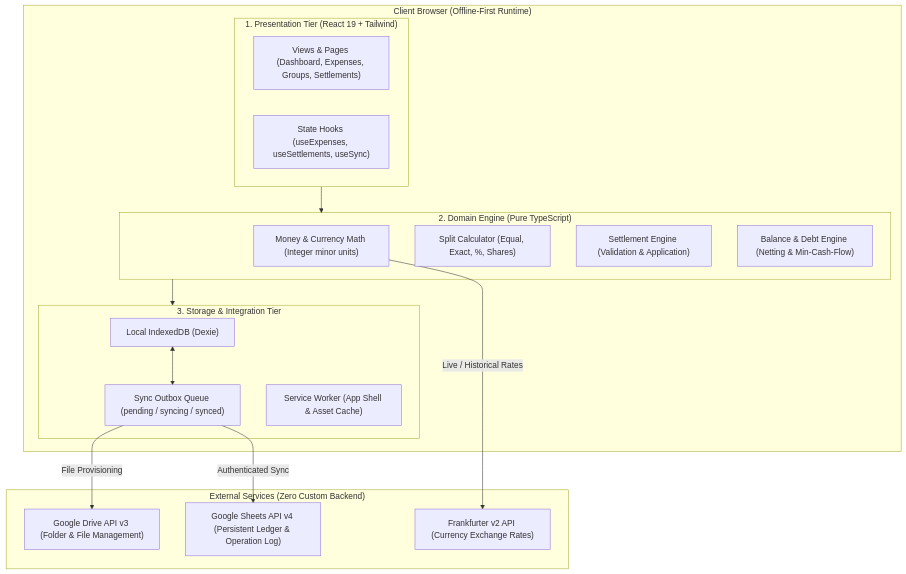
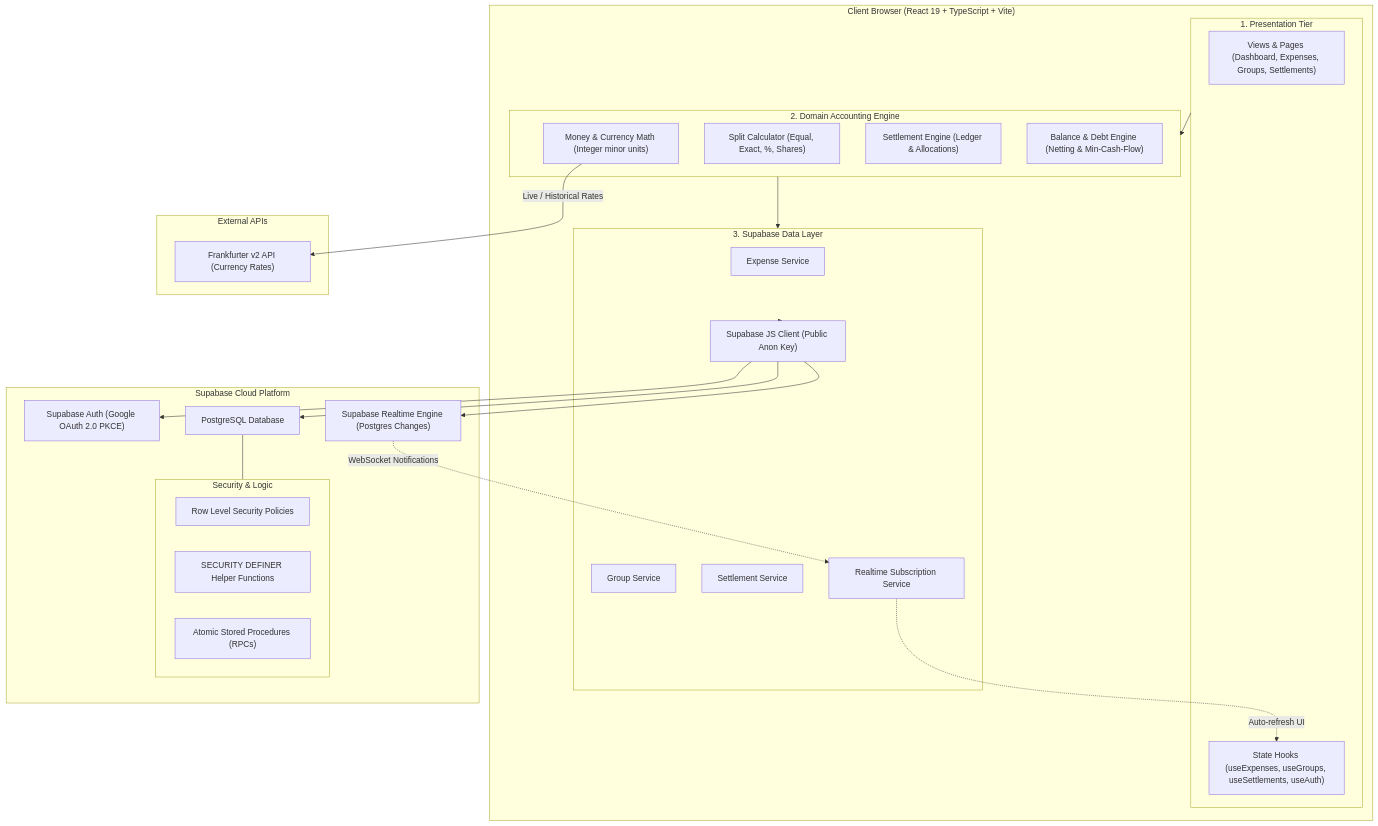
One commit to Nikhil9182/Tabby changed the first of 2 diagrams in ARCHITECTURE.md. Above: the diagram before and after it, drawn with Mermaid. The commit also changed other lines of this file and 73 other files, not shown here.

Commit message:
feat: migrate architecture to Supabase PostgreSQL, Auth and Realtime

````diff
--- a/ARCHITECTURE.md
+++ b/ARCHITECTURE.md
@@ -15,35 +23,50 @@
 ```mermaid
 flowchart TB
-    subgraph Client["Client Browser (Offline-First Runtime)"]
-        subgraph UI["1. Presentation Tier (React 19 + Tailwind)"]
+    subgraph Client["Client Browser (React 19 + TypeScript + Vite)"]
+        subgraph UI["1. Presentation Tier"]
             Views["Views & Pages (Dashboard, Expenses, Groups, Settlements)"]
-            Hooks["State Hooks (useExpenses, useSettlements, useSync)"]
+            Hooks["State Hooks (useExpenses, useGroups, useSettlements, useAuth)"]
         end
 
-        subgraph Domain["2. Domain Engine (Pure TypeScript)"]
+        subgraph Domain["2. Domain Accounting Engine"]
             Money["Money & Currency Math (Integer minor units)"]
             Splits["Split Calculator (Equal, Exact, %, Shares)"]
-            SettlementEngine["Settlement Engine (Validation & Application)"]
+            SettlementEngine["Settlement Engine (Ledger & Allocations)"]
             BalanceEngine["Balance & Debt Engine (Netting & Min-Cash-Flow)"]
         end
 
-        subgraph Storage["3. Storage & Integration Tier"]
-            DexieDB["Local IndexedDB (Dexie)"]
-            OutboxQueue["Sync Outbox Queue (pending / syncing / synced)"]
-            SW["Service Worker (App Shell & Asset Cache)"]
+        subgraph ServiceLayer["3. Supabase Data Layer"]
+            ExpenseService["Expense Service"]
+            GroupService["Group Service"]
+            SettlementService["Settlement Service"]
+            RealtimeService["Realtime Subscription Service"]
+            SupabaseClient["Supabase JS Client (Public Anon Key)"]
         end
     end
 
-    subgraph RemoteServices["External Services (Zero Custom Backend)"]
-        GoogleDrive["Google Drive API v3 (Folder & File Management)"]
-        GoogleSheets["Google Sheets API v4 (Persistent Ledger & Operation Log)"]
-        Frankfurter["Frankfurter v2 API (Currency Exchange Rates)"]
+    subgraph Supabase["Supabase Cloud Platform"]
+        Auth["Supabase Auth (Google OAuth 2.0 PKCE)"]
+        Postgres["PostgreSQL Database"]
+        subgraph Security["Security & Logic"]
+            RLS["Row Level Security Policies"]
+            SecDefiner["SECURITY DEFINER Helper Functions"]
+            RPC["Atomic Stored Procedures (RPCs)"]
+        end
+        RealtimeServer["Supabase Realtime Engine (Postgres Changes)"]
+    end
+
+    subgraph External["External APIs"]
+        Frankfurter["Frankfurter v2 API (Currency Rates)"]
     end
 
     UI --> Domain
-    Domain --> Storage
-    DexieDB <--> OutboxQueue
-    OutboxQueue -->|Authenticated Sync| GoogleSheets
-    OutboxQueue -->|File Provisioning| GoogleDrive
+    Domain --> ServiceLayer
+    ServiceLayer --> SupabaseClient
+    SupabaseClient --> Auth
+    SupabaseClient --> Postgres
+    SupabaseClient --> RealtimeServer
+    Postgres --- Security
+    RealtimeServer -.->|WebSocket Notifications| RealtimeService
+    RealtimeService -.->|Auto-refresh UI| Hooks
     Money -->|Live / Historical Rates| Frankfurter
 ```
````
